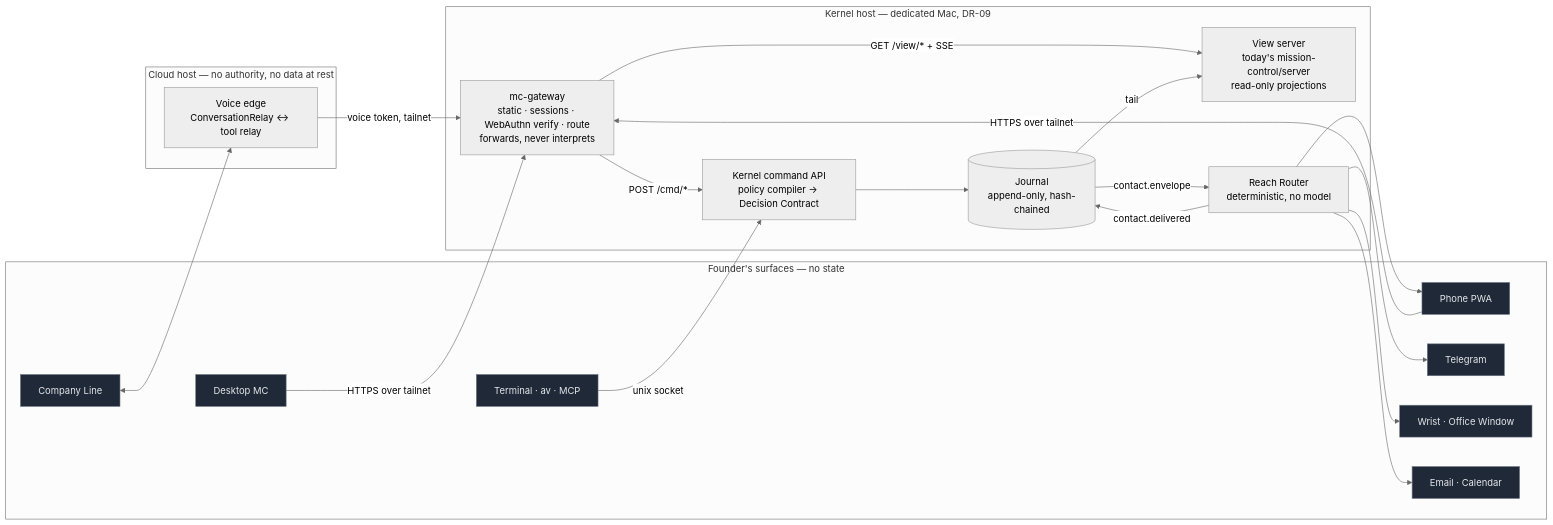
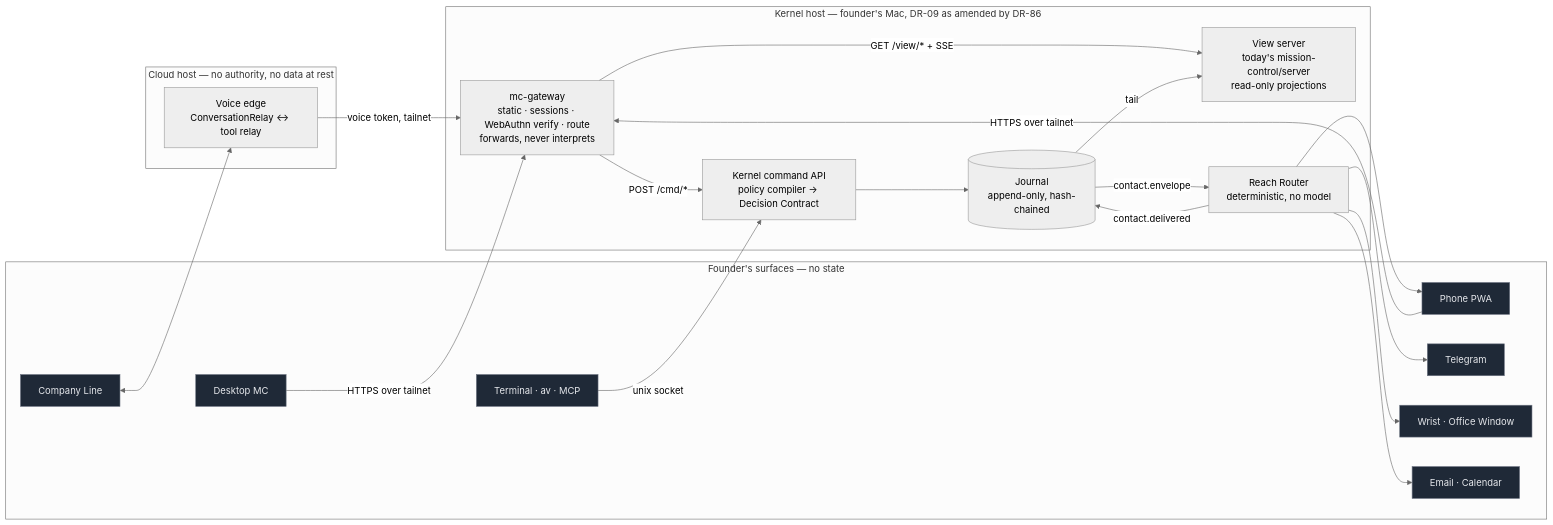
The first of 5 diagrams in docs/vision-v3/08-SURFACES.md (Adam077K/agentvibe), drawn with Mermaid (neutral theme) before and after one commit. The commit also changed other lines of this file and 15 other files, not shown here.

````diff
--- a/docs/vision-v3/08-SURFACES.md
+++ b/docs/vision-v3/08-SURFACES.md
@@ -81,33 +81,33 @@
 ```mermaid
 flowchart LR
   subgraph F[Founder's surfaces — no state]
     D[Desktop MC]:::s
     P[Phone PWA]:::s
     T[Terminal · av · MCP]:::s
     TG[Telegram]:::s
     V[Company Line]:::s
     W[Wrist · Office Window]:::s
     EM[Email · Calendar]:::s
   end
-  subgraph MAC[Kernel host — dedicated Mac, DR-09]
+  subgraph MAC[Kernel host — founder's Mac, DR-09 as amended by DR-86]
     GW[mc-gateway<br/>static · sessions · WebAuthn verify · route<br/>forwards, never interprets]
     VS[View server<br/>today's mission-control/server<br/>read-only projections]
     RR[Reach Router<br/>deterministic, no model]
     K[Kernel command API<br/>policy compiler → Decision Contract]
     J[(Journal<br/>append-only, hash-chained)]
   end
   subgraph EDGE[Cloud host — no authority, no data at rest]
     VG[Voice edge<br/>ConversationRelay ↔ tool relay]
   end
   D & P -->|HTTPS over tailnet| GW
   T -->|unix socket| K
   GW -->|GET /view/* + SSE| VS
   GW -->|POST /cmd/*| K
   K --> J
   J -->|tail| VS
   J -->|contact.envelope| RR
   RR -->|contact.delivered| J
   RR --> TG & W & EM & P
   V <--> VG -->|voice token, tailnet| GW
   classDef s fill:#1f2937,color:#e5e7eb,stroke:#6b7280
 ```
````
